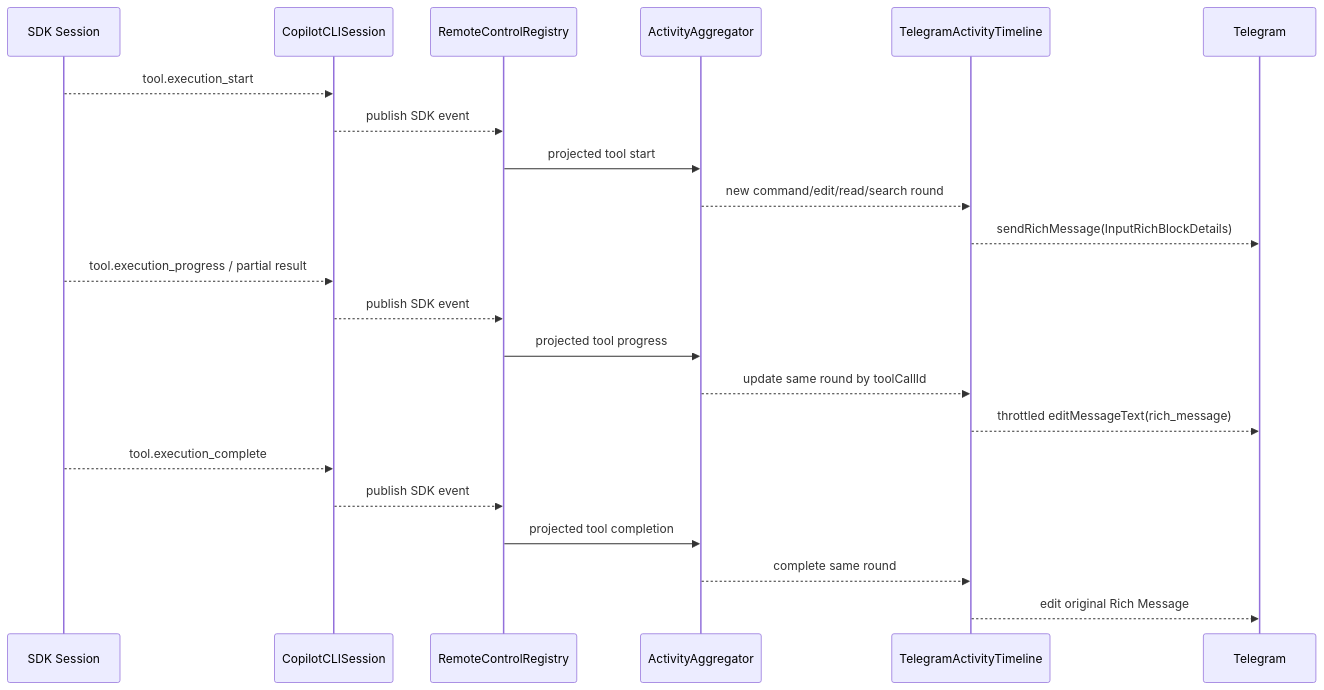
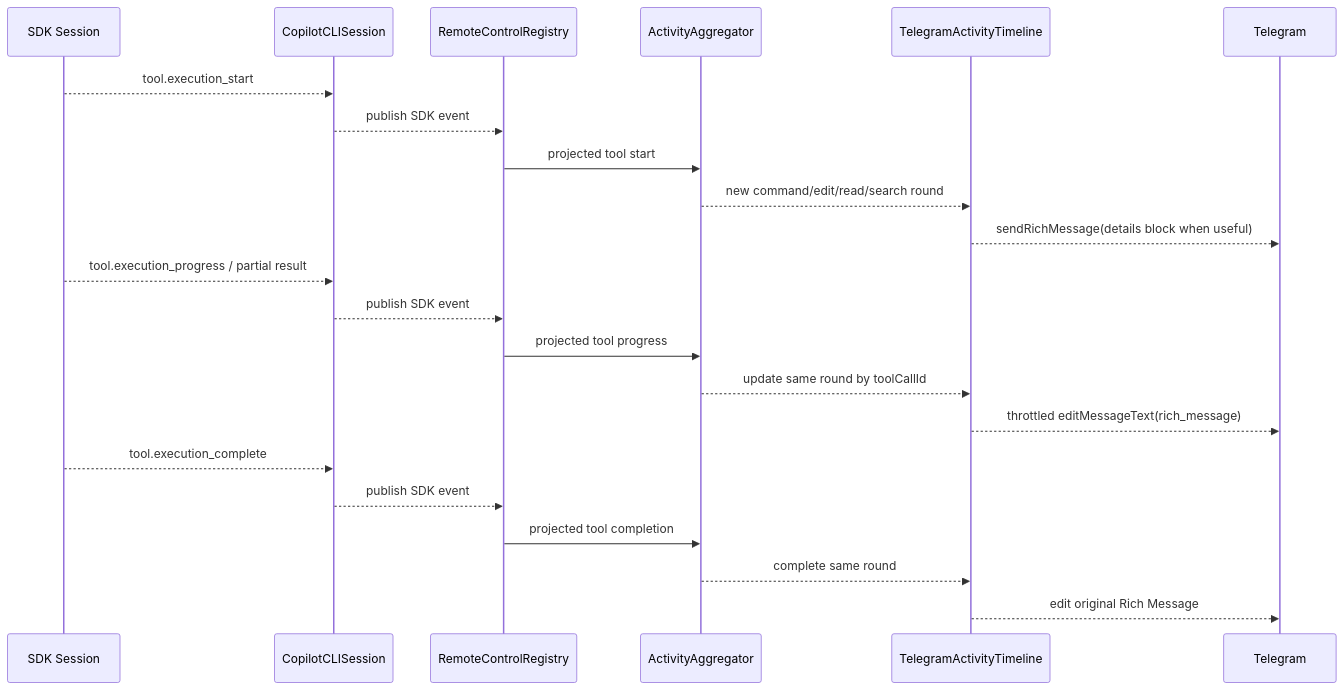
The ninth of 17 diagrams in extensions/copilot/docs/telegram-remote/CALL_FLOWS.md (SachiHarshitha/vscode-telegram), drawn with Mermaid before and after one commit. The commit also changed other lines of this file and 21 other files, not shown here.

````diff
--- a/extensions/copilot/docs/telegram-remote/CALL_FLOWS.md
+++ b/extensions/copilot/docs/telegram-remote/CALL_FLOWS.md
@@ -248,25 +248,25 @@
 ```mermaid
 sequenceDiagram
     participant SDK as SDK Session
     participant S as CopilotCLISession
     participant C as RemoteControlRegistry
     participant A as ActivityAggregator
     participant TL as TelegramActivityTimeline
     participant T as Telegram
 
     SDK-->>S: tool.execution_start
     S-->>C: publish SDK event
     C->>A: projected tool start
     A-->>TL: new command/edit/read/search round
-    TL-->>T: sendRichMessage(InputRichBlockDetails)
+    TL-->>T: sendRichMessage(details block when useful)
     SDK-->>S: tool.execution_progress / partial result
     S-->>C: publish SDK event
     C->>A: projected tool progress
     A-->>TL: update same round by toolCallId
     TL-->>T: throttled editMessageText(rich_message)
     SDK-->>S: tool.execution_complete
     S-->>C: publish SDK event
     C->>A: projected tool completion
     A-->>TL: complete same round
     TL-->>T: edit original Rich Message
 ```
````
